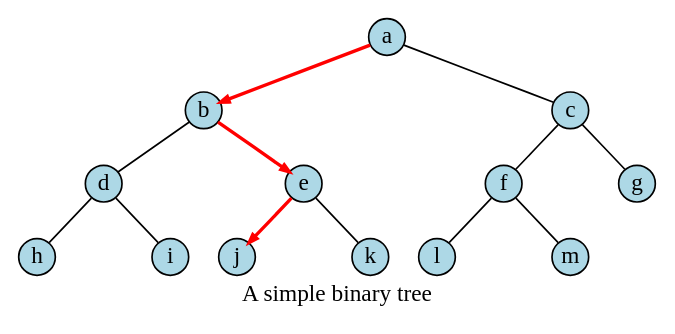
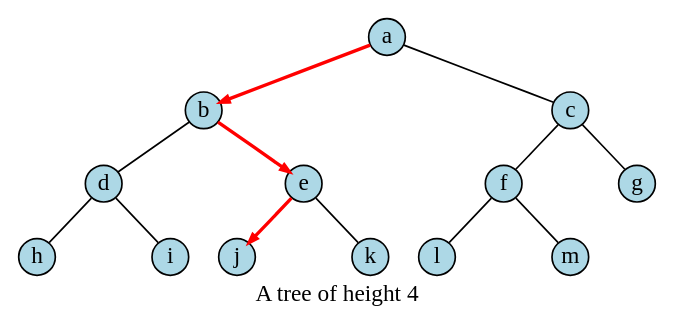
Before and after one commit to DaveParillo/intermediate-cpp: the second of 3 diagrams in _sources/containers/associative-containers.rst, drawn with Graphviz. The commit also changed 1 other file, not shown here.

Commit message:
fixed tree caption

```diff
--- a/_sources/containers/associative-containers.rst
+++ b/_sources/containers/associative-containers.rst
@@ -129,33 +129,33 @@
 .. digraph:: larger
    :alt: A tree of height 4
 
    graph [
           nodesep=0.25, ranksep=0.3, splines=line;
           labelloc=b;
-          label="A simple binary tree";
+          label="A tree of height 4";
        ];
    node [fontname = "Bitstream Vera Sans", fontsize=14,
          style=filled, fillcolor=lightblue,
          shape=circle, fixedsize=true, width=0.3];
    edge [weight=1, arrowsize=0.5, dir=none];
 
    a, b, am, c, d, bm, e, f, cm, g, h, dm, i, j, em, k, l, fm, m;
    am, bm, cm, dm, em, fm [style=invis, label=""];
 
    a->b [color=red, penwidth=2, dir=forward];
    a->c;
    b->d [weight=2]; // nudge b: trees b & c are not balanced
    b->e [color=red, penwidth=2, dir=forward];
    c->f,g;
    d->h,i;
    e->j [color=red, penwidth=2, dir=forward];
    e->k;
    f->l,m;
 
    edge [style=invis, weight=100];
    d->dm; 
    e->em;
    b->bm;
    f->fm;
    c->cm;
    a->am;
```
